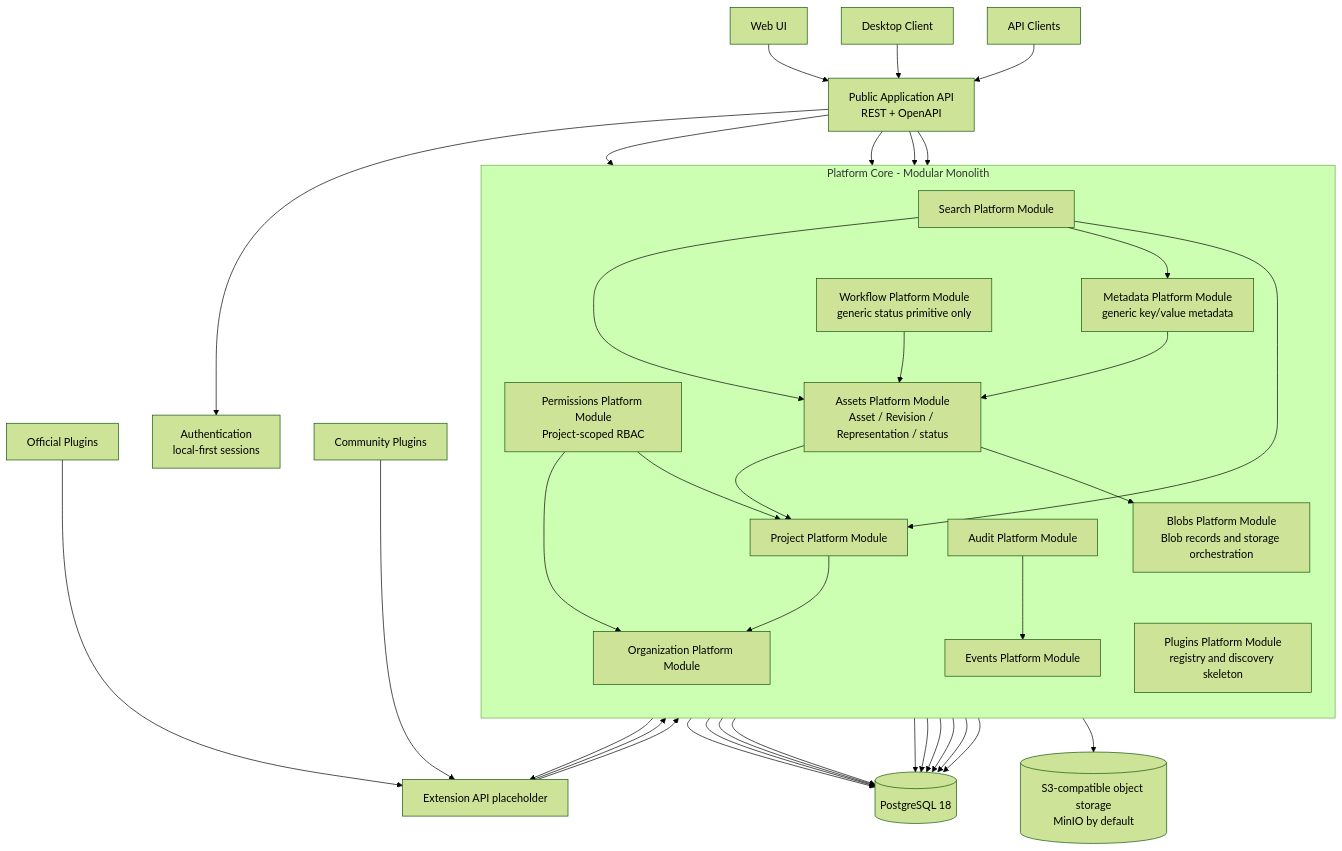
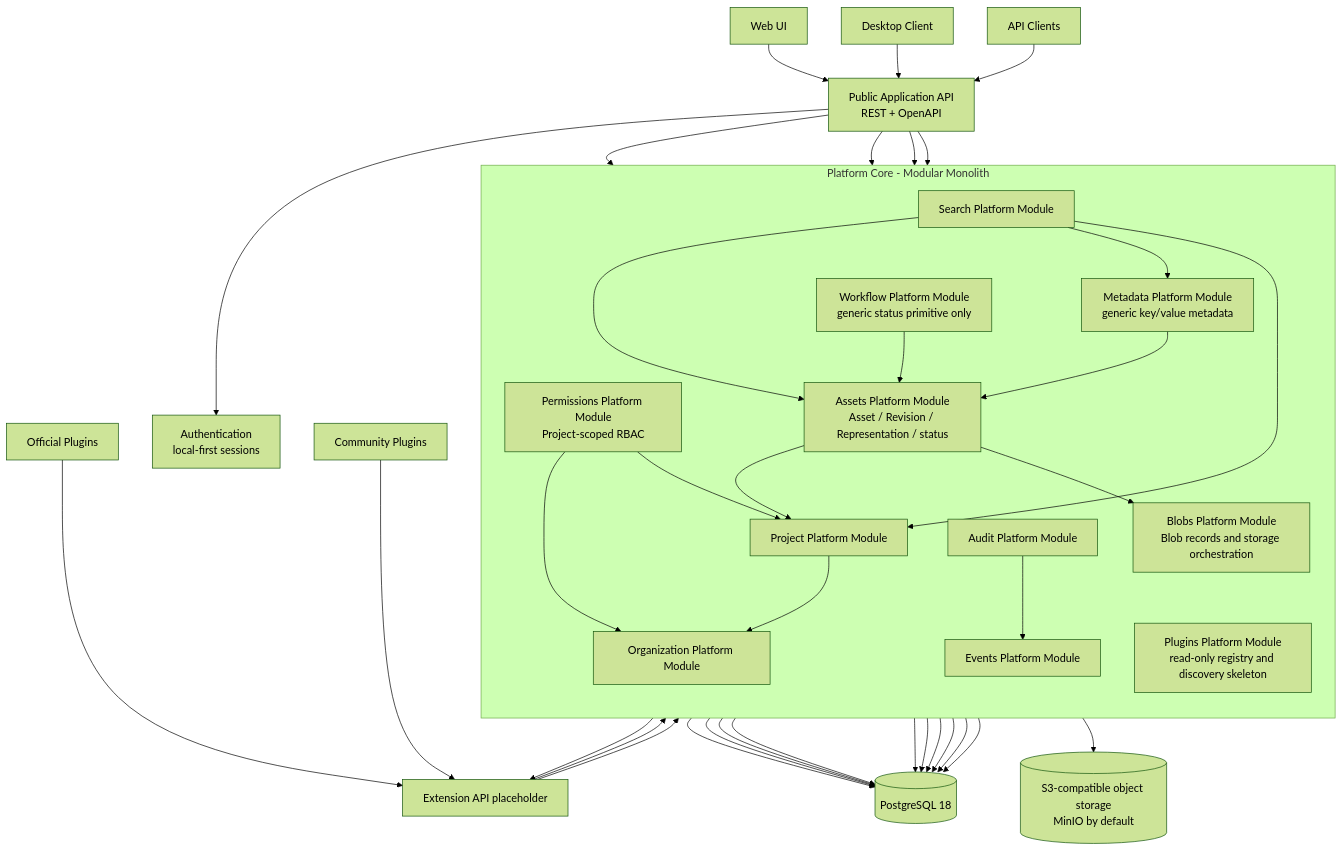
The second of 2 diagrams in docs/INTERNAL_FUNCTIONING.md (synkop360/OpenPDM), drawn with Mermaid (forest theme) before and after one commit. The commit also changed other lines of this file and 6 other files, not shown here.

Commit message:
Harden blob access and make plugin registry read-only

````diff
--- a/docs/INTERNAL_FUNCTIONING.md
+++ b/docs/INTERNAL_FUNCTIONING.md
@@ -57,70 +57,70 @@
 ```mermaid
 flowchart TB
     WebUI[Web UI]
     Desktop[Desktop Client]
     APIClients[API Clients]
 
     AppAPI[Public Application API<br/>REST + OpenAPI]
     Auth[Authentication<br/>local-first sessions]
     ExtAPI[Extension API placeholder]
     Postgres[(PostgreSQL 18)]
     BlobStore[(S3-compatible object storage<br/>MinIO by default)]
 
     WebUI --> AppAPI
     Desktop --> AppAPI
     APIClients --> AppAPI
     AppAPI --> Auth
 
     subgraph Core[Platform Core - Modular Monolith]
         direction TB
         Organization[Organization Platform Module]
         Project[Project Platform Module]
         Permissions[Permissions Platform Module<br/>Project-scoped RBAC]
         Assets[Assets Platform Module<br/>Asset / Revision / Representation / status]
         Blobs[Blobs Platform Module<br/>Blob records and storage orchestration]
         Metadata[Metadata Platform Module<br/>generic key/value metadata]
         Search[Search Platform Module]
         Audit[Audit Platform Module]
         Events[Events Platform Module]
         Workflow[Workflow Platform Module<br/>generic status primitive only]
-        Plugins[Plugins Platform Module<br/>registry and discovery skeleton]
+        Plugins[Plugins Platform Module<br/>read-only registry and discovery skeleton]
     end
 
     Official[Official Plugins]
     Community[Community Plugins]
 
     AppAPI --> Organization
     AppAPI --> Assets
     AppAPI --> Search
     AppAPI --> Plugins
 
     Project --> Organization
     Permissions --> Organization
     Permissions --> Project
     Assets --> Project
     Assets --> Blobs
     Metadata --> Assets
     Search --> Assets
     Search --> Metadata
     Search --> Project
     Workflow --> Assets
     Audit --> Events
 
     Plugins --> ExtAPI
     Official --> ExtAPI
     Community --> ExtAPI
     ExtAPI --> Assets
     ExtAPI --> Events
 
     Organization --> Postgres
     Project --> Postgres
     Permissions --> Postgres
     Assets --> Postgres
     Metadata --> Postgres
     Search --> Postgres
     Audit --> Postgres
     Events --> Postgres
     Plugins --> Postgres
     Blobs --> Postgres
     Blobs --> BlobStore
 ```
````
